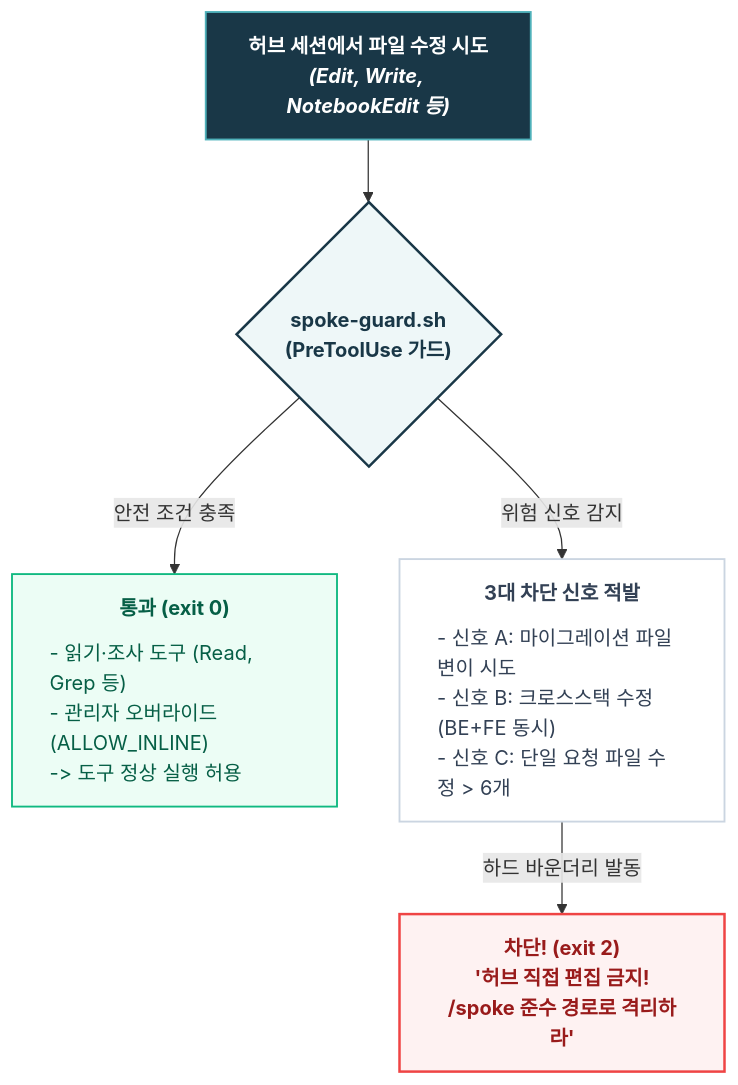
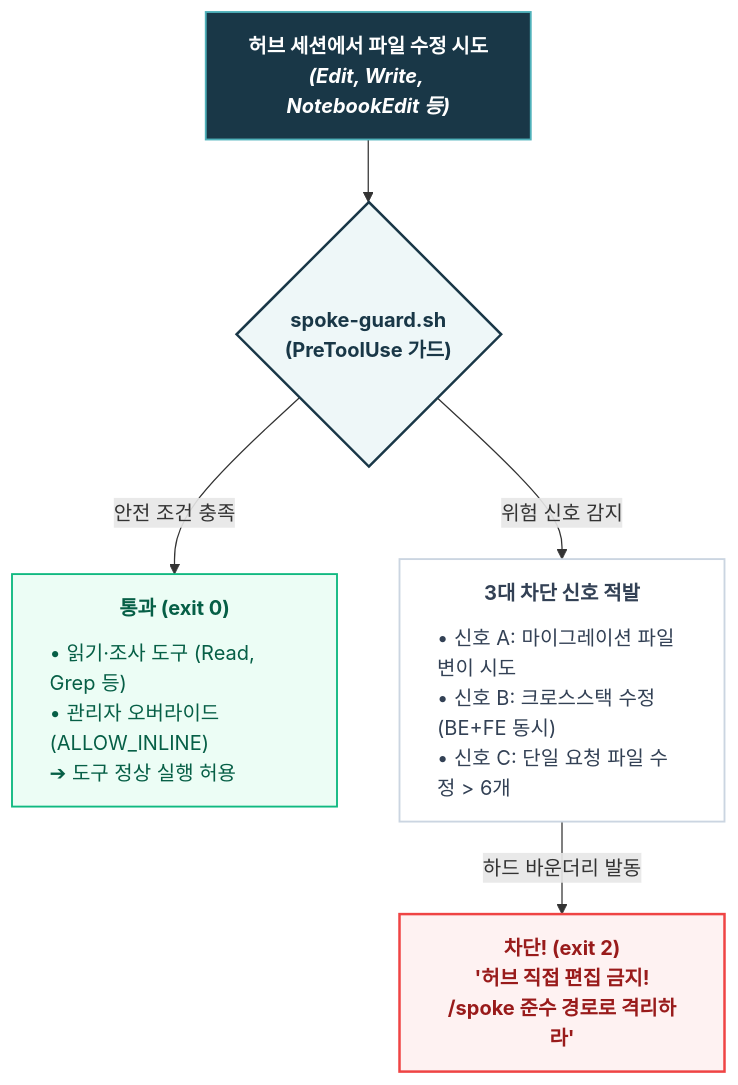
One commit to tomato-vault/tomato-vault.github.io changed the second of 4 diagrams in _posts/tech/ai-agent-architecture/5 같은 브랜치에서 에이전트끼리 사이좋게 코딩할 리가 없어.md. Above: the diagram before and after it, drawn with Mermaid. The commit also changed other lines of this file and 19 other files, not shown here.

First line of the commit message:
Refactor ontology engineering documentation with enhanced diagrams and clarity

````diff
--- a/_posts/tech/ai-agent-architecture/5 같은 브랜치에서 에이전트끼리 사이좋게 코딩할 리가 없어.md
+++ b/_posts/tech/ai-agent-architecture/5 같은 브랜치에서 에이전트끼리 사이좋게 코딩할 리가 없어.md
@@ -85,19 +85,19 @@
 ```mermaid
 flowchart TD
     classDef start fill:#193747,stroke:#4fb1ba,stroke-width:1.5px,color:#fff,font-weight:bold
     classDef hook fill:#eef7f8,stroke:#193747,stroke-width:2px,color:#193747,font-weight:bold
     classDef pass fill:#ecfdf5,stroke:#10b981,stroke-width:1.5px,color:#065f46
     classDef block fill:#fef2f2,stroke:#ef4444,stroke-width:2px,color:#991b1b,font-weight:bold
     classDef triggers fill:#fff,stroke:#cbd5e1,stroke-width:1.5px,color:#334155
 
     START["허브 세션에서 파일 수정 시도<br/><i>(Edit, Write, NotebookEdit 등)</i>"]:::start
     HOOK{"spoke-guard.sh<br/>(PreToolUse 가드)"}:::hook
 
     START --> HOOK
 
-    HOOK -->|"안전 조건 충족"| PASS["<div style='text-align:center;'><b>통과 (exit 0)</b></div><hr style='margin:6px 0; border:none; border-top:1px solid #a7f3d0;'/><div style='text-align:left; line-height:1.5;'>- 읽기·조사 도구 (Read, Grep 등)<br/>- 관리자 오버라이드 (ALLOW_INLINE)<br/>-> 도구 정상 실행 허용</div>"]:::pass
+    HOOK -->|"안전 조건 충족"| PASS["<div style='text-align:center;'><b>통과 (exit 0)</b></div><hr style='margin:6px 0; border:none; border-top:1px solid #a7f3d0;'/><div style='text-align:left; line-height:1.5;'>• 읽기·조사 도구 (Read, Grep 등)<br/>• 관리자 오버라이드 (ALLOW_INLINE)<br/>➔ 도구 정상 실행 허용</div>"]:::pass
 
-    HOOK -->|"위험 신호 감지"| TRIGGERS["<div style='text-align:center;'><b>3대 차단 신호 적발</b></div><hr style='margin:6px 0; border:none; border-top:1px solid #cbd5e1;'/><div style='text-align:left; line-height:1.5;'>- 신호 A: 마이그레이션 파일 변이 시도<br/>- 신호 B: 크로스스택 수정 (BE+FE 동시)<br/>- 신호 C: 단일 요청 파일 수정 > 6개</div>"]:::triggers
+    HOOK -->|"위험 신호 감지"| TRIGGERS["<div style='text-align:center;'><b>3대 차단 신호 적발</b></div><hr style='margin:6px 0; border:none; border-top:1px solid #cbd5e1;'/><div style='text-align:left; line-height:1.5;'>• 신호 A: 마이그레이션 파일 변이 시도<br/>• 신호 B: 크로스스택 수정 (BE+FE 동시)<br/>• 신호 C: 단일 요청 파일 수정 > 6개</div>"]:::triggers
 
     TRIGGERS -->|"하드 바운더리 발동"| BLOCK["<b>차단! (exit 2)</b><br/>'허브 직접 편집 금지!<br/>/spoke 준수 경로로 격리하라'"]:::block
 ```
````
